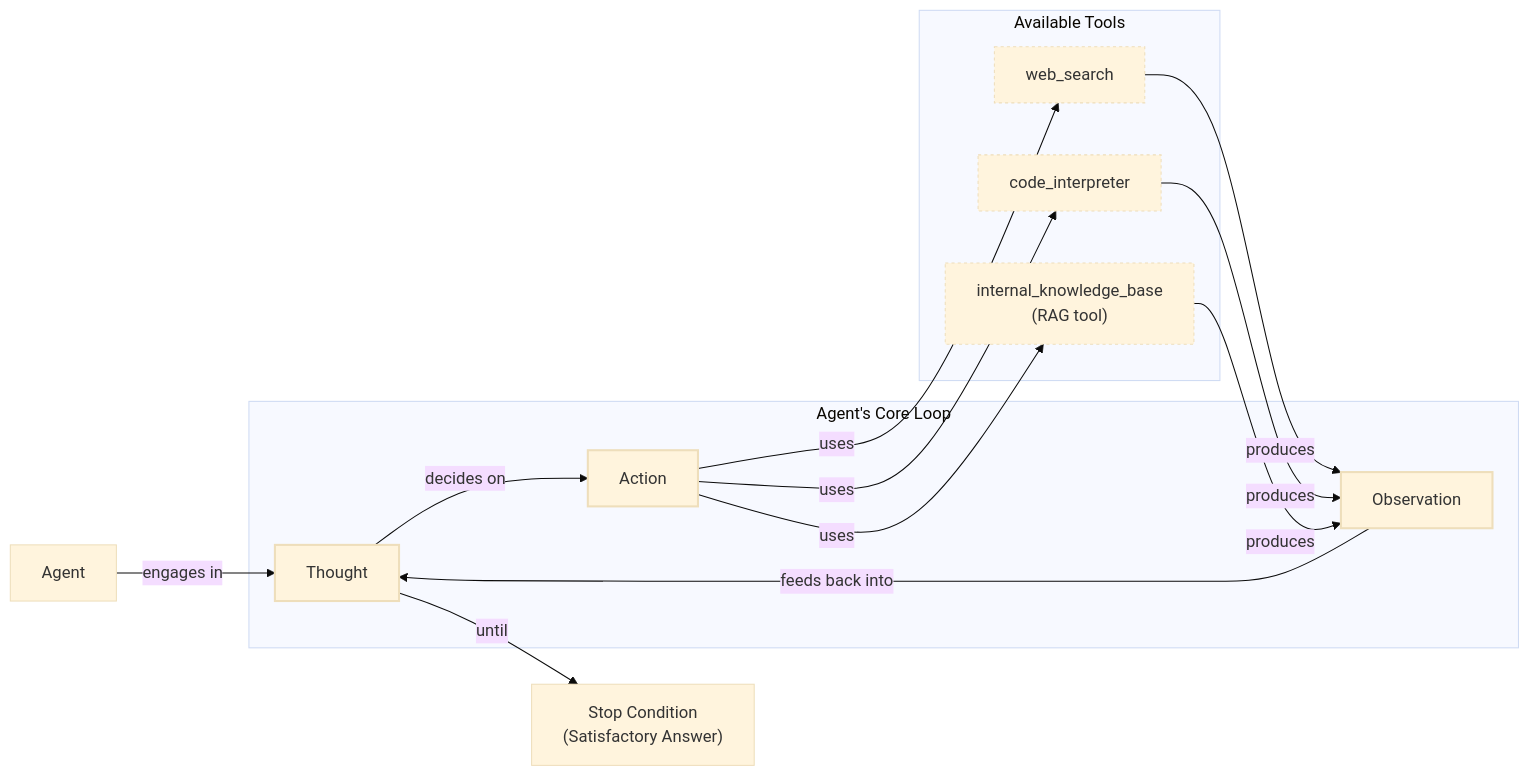
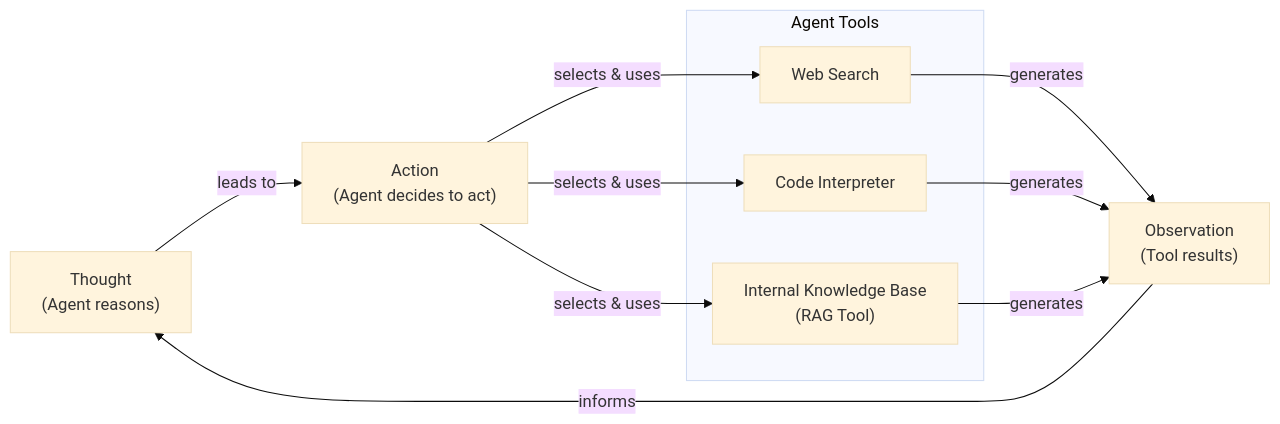
Before and after one commit to YMaXing/Research-Agent-reinforced-by-RL: the fourth of 4 diagrams in RL_researcher_writer_ymaxing/rl_training_data/noise_experiment/09_RAG__var_standard__replicate1__preset0/article.md, drawn with Mermaid (base theme). The commit also changed other lines of this file and 4528 other files, not shown here.

````diff
--- a/RL_researcher_writer_ymaxing/rl_training_data/noise_experiment/09_RAG__var_standard__replicate1__preset0/article.md
+++ b/RL_researcher_writer_ymaxing/rl_training_data/noise_experiment/09_RAG__var_standard__replicate1__preset0/article.md
@@ -166,40 +165,26 @@
 ```mermaid
 flowchart LR
   %% Agent's Main Loop
-  Agent["Agent"]
+  Thought["Thought<br/>(Agent reasons)"]
+  Action["Action<br/>(Agent decides to act)"]
+  Observation["Observation<br/>(Tool results)"]
 
-  subgraph CoreLoop["Agent's Core Loop"]
-    Thought["Thought"]
-    Action["Action"]
-    Observation["Observation"]
-  end
-
-  subgraph Tools["Available Tools"]
-    WebSearch["web_search"]
-    CodeInterpreter["code_interpreter"]
-    InternalKB["internal_knowledge_base<br/>(RAG tool)"]
+  %% Tools Subgraph
+  subgraph "Agent Tools"
+    WebSearch["Web Search"]
+    CodeInterpreter["Code Interpreter"]
+    RAGTool["Internal Knowledge Base<br/>(RAG Tool)"]
   end
 
   %% Primary Flow
-  Agent -- "engages in" --> Thought
-  Thought -- "decides on" --> Action
+  Thought -- "leads to" --> Action
+  Action -- "selects & uses" --> WebSearch
+  Action -- "selects & uses" --> CodeInterpreter
+  Action -- "selects & uses" --> RAGTool
 
-  Action -- "uses" --> WebSearch
-  Action -- "uses" --> CodeInterpreter
-  Action -- "uses" --> InternalKB
+  WebSearch -- "generates" --> Observation
+  CodeInterpreter -- "generates" --> Observation
+  RAGTool -- "generates" --> Observation
 
-  WebSearch -- "produces" --> Observation
-  CodeInterpreter -- "produces" --> Observation
-  InternalKB -- "produces" --> Observation
-
-  Observation -- "feeds back into" --> Thought
-
-  %% Loop Termination
-  Thought -- "until" --> StopCondition["Stop Condition<br/>(Satisfactory Answer)"]
-
-  %% Visual Grouping
-  classDef coreProcess stroke-width:2px
-  classDef toolComponent stroke-dasharray:3,3
-  class Thought,Action,Observation coreProcess
-  class WebSearch,CodeInterpreter,InternalKB toolComponent
+  Observation -- "informs" --> Thought
 ```
````
